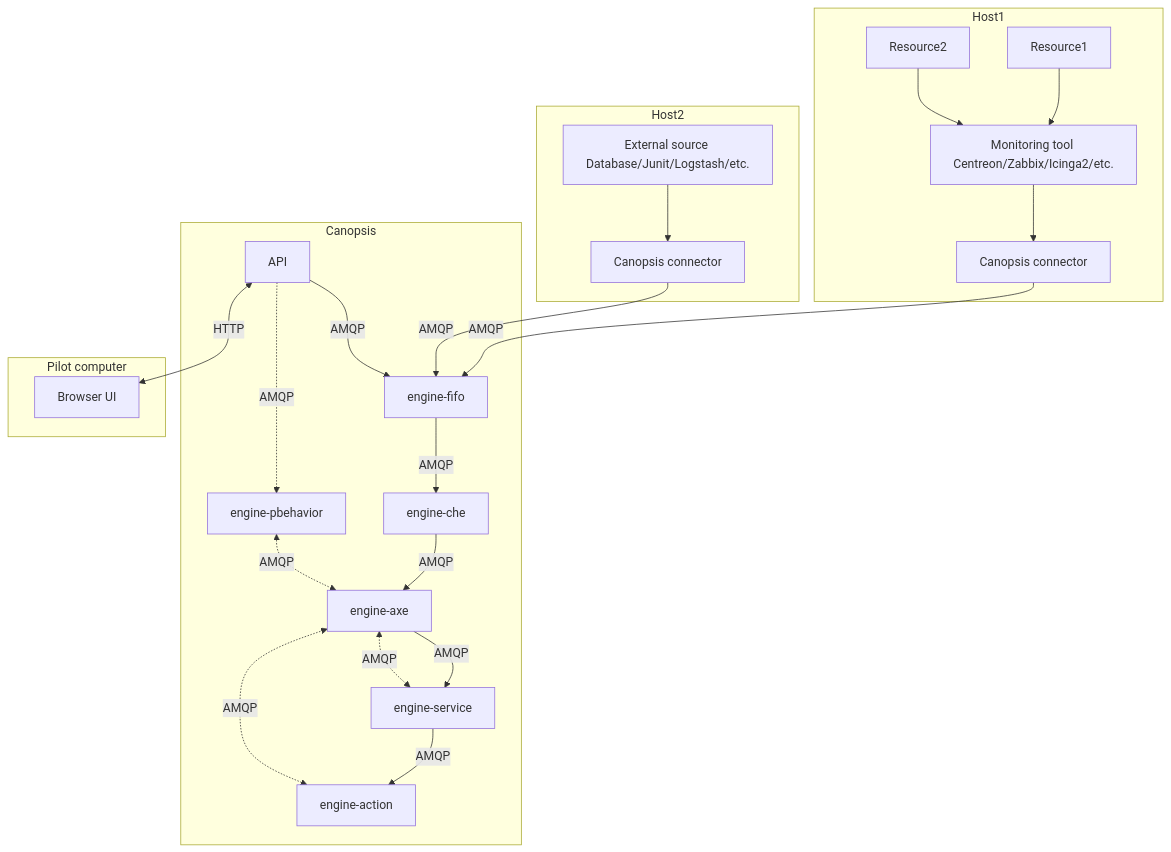
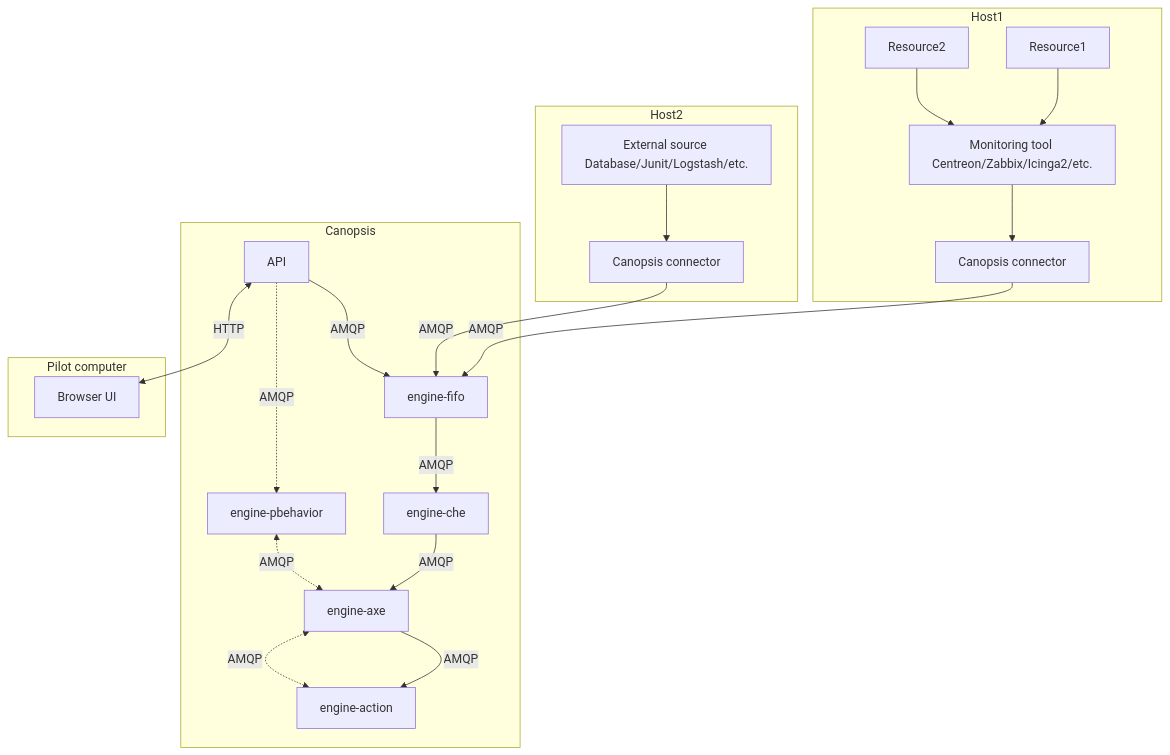
Before and after one commit to capensis/canopsis: the second of 2 diagrams in community/sources/docs/en/schemas/all-engines.md, drawn with Mermaid. The commit also changed other lines of this file and 10 other files, not shown here.

````diff
--- a/community/sources/docs/en/schemas/all-engines.md
+++ b/community/sources/docs/en/schemas/all-engines.md
@@ -88,41 +85,38 @@
 ```mermaid
 flowchart
     subgraph Host1
         H1R1[Resource1]
         H1R2[Resource2]
         H1MT[Monitoring tool Centreon/Zabbix/Icinga2/etc.]
         H1C[Canopsis connector]
         H1R1 --> H1MT
         H1R2 --> H1MT
         H1MT --> H1C
     end
     subgraph Host2
         H2R[External source Database/Junit/Logstash/etc.]
         H2C[Canopsis connector]
         H2R --> H2C
     end
     H1C -- AMQP --> EF
     H2C -- AMQP --> EF
     subgraph Canopsis
         EAC[engine-action]
         EAX[engine-axe]
         ECH[engine-che]
         EF[engine-fifo]
         EP[engine-pbehavior]
-        ESE[engine-service]
         A[API]
         EF -- AMQP --> ECH
         ECH -- AMQP --> EAX
-        EAX -- AMQP --> ESE
-        ESE -- AMQP --> EAC
+        EAX -- AMQP --> EAC
         A -- AMQP --> EF
         EP <-. AMQP .-> EAX
         A -. AMQP .-> EP
         EAC <-. AMQP .-> EAX
-        ESE <-. AMQP .-> EAX
     end
     subgraph Pilot computer
         UI[Browser UI]
     end
     A <-- HTTP --> UI
 ```
````
